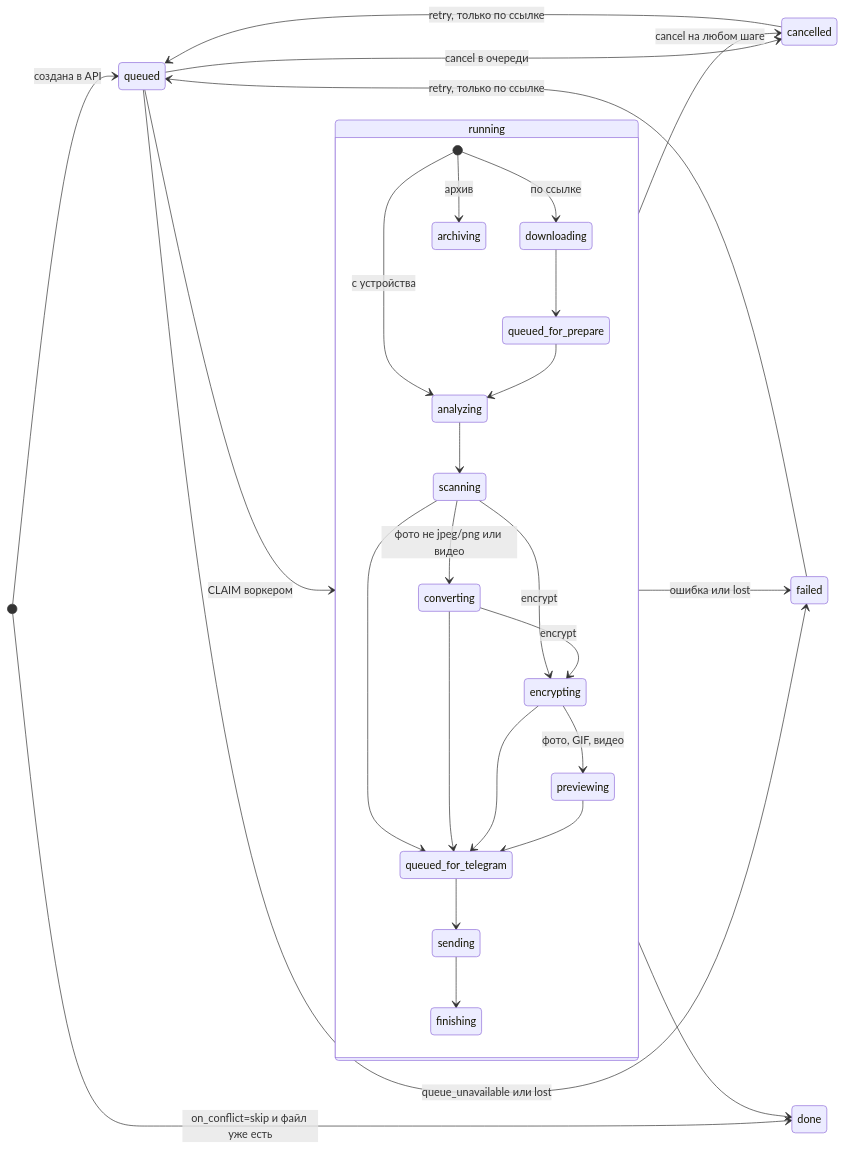
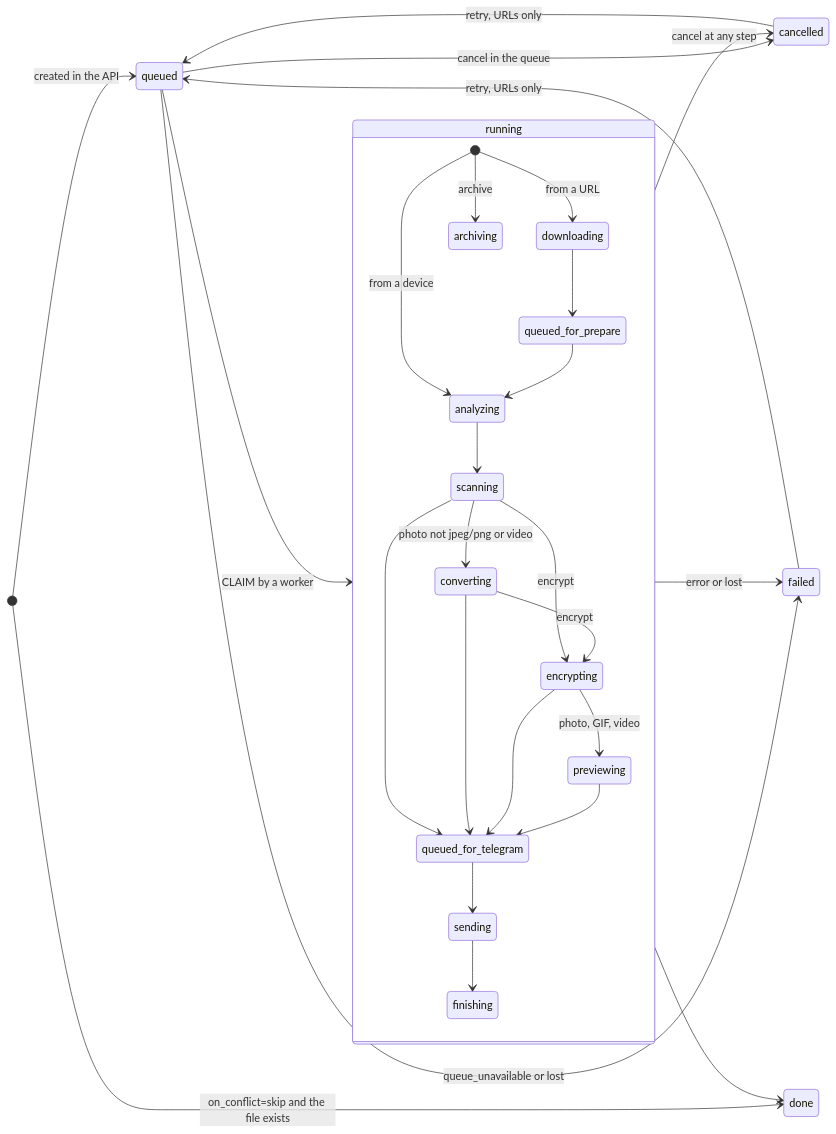
Before and after one commit to NikitkaZXC/tcloud-backend: the fourth of 7 diagrams in docs/background-tasks.md, drawn with Mermaid. The commit also changed other lines of this file and 20 other files, not shown here.

````diff
--- a/docs/background-tasks.md
+++ b/docs/background-tasks.md
@@ -296,32 +296,32 @@
 ```mermaid
 stateDiagram-v2
     direction LR
-    [*] --> queued: создана в API
-    [*] --> done: on_conflict=skip и файл уже есть
-    queued --> running: CLAIM воркером
-    queued --> cancelled: cancel в очереди
-    queued --> failed: queue_unavailable или lost
+    [*] --> queued: created in the API
+    [*] --> done: on_conflict=skip and the file exists
+    queued --> running: CLAIM by a worker
+    queued --> cancelled: cancel in the queue
+    queued --> failed: queue_unavailable or lost
     state running {
-        [*] --> downloading: по ссылке
-        [*] --> analyzing: с устройства
-        [*] --> archiving: архив
+        [*] --> downloading: from a URL
+        [*] --> analyzing: from a device
+        [*] --> archiving: archive
         downloading --> queued_for_prepare
         queued_for_prepare --> analyzing
         analyzing --> scanning
-        scanning --> converting: фото не jpeg/png или видео
+        scanning --> converting: photo not jpeg/png or video
         scanning --> encrypting: encrypt
         converting --> encrypting: encrypt
-        encrypting --> previewing: фото, GIF, видео
+        encrypting --> previewing: photo, GIF, video
         scanning --> queued_for_telegram
         converting --> queued_for_telegram
         encrypting --> queued_for_telegram
         previewing --> queued_for_telegram
         queued_for_telegram --> sending
         sending --> finishing
     }
     running --> done
-    running --> failed: ошибка или lost
-    running --> cancelled: cancel на любом шаге
-    failed --> queued: retry, только по ссылке
-    cancelled --> queued: retry, только по ссылке
+    running --> failed: error or lost
+    running --> cancelled: cancel at any step
+    failed --> queued: retry, URLs only
+    cancelled --> queued: retry, URLs only
 ```
````
